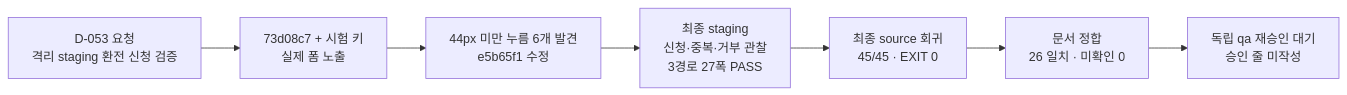
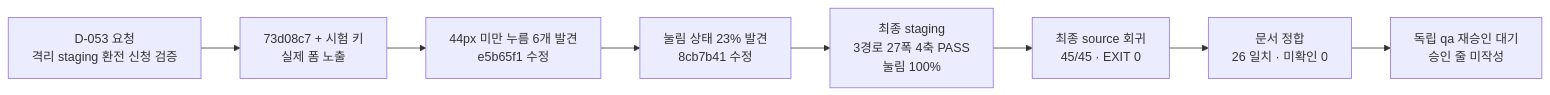
One commit to 100B-Adventures/haenael-ge changed the diagram in docs/qa/qa-tracker.md. Above: the diagram before and after it, drawn with Mermaid. The commit also changed other lines of this file and 3 other files, not shown here.

````diff
--- a/docs/qa/qa-tracker.md
+++ b/docs/qa/qa-tracker.md
@@ -62,9 +63,10 @@
 ```mermaid
 flowchart LR
   R["D-053 요청<br/>격리 staging 환전 신청 검증"] --> S["73d08c7 + 시험 키<br/>실제 폼 노출"]
   S --> F["44px 미만 누름 6개 발견<br/>e5b65f1 수정"]
-  F --> G["최종 staging<br/>신청·중복·거부 관찰<br/>3경로 27폭 PASS"]
+  F --> P["눌림 상태 23% 발견<br/>8cb7b41 수정"]
+  P --> G["최종 staging<br/>3경로 27폭 4축 PASS<br/>눌림 100%"]
   G --> H["최종 source 회귀<br/>45/45 · EXIT 0"]
   H --> D["문서 정합<br/>26 일치 · 미확인 0"]
   D --> A["독립 qa 재승인 대기<br/>승인 줄 미작성"]
 ```
````
